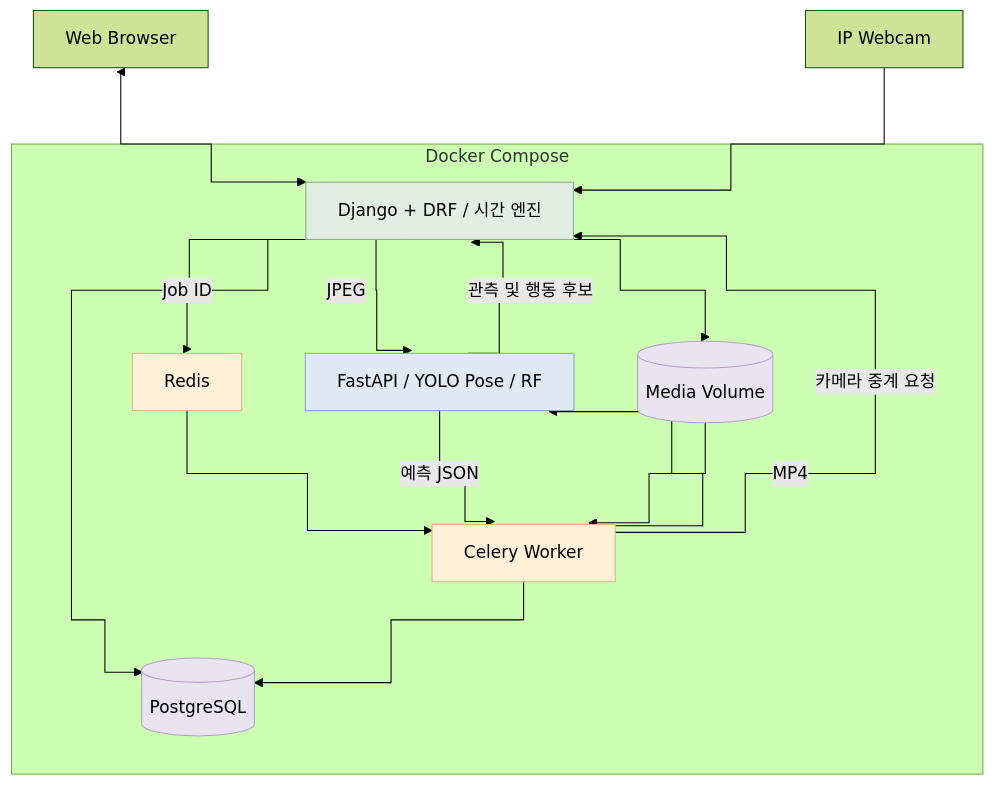
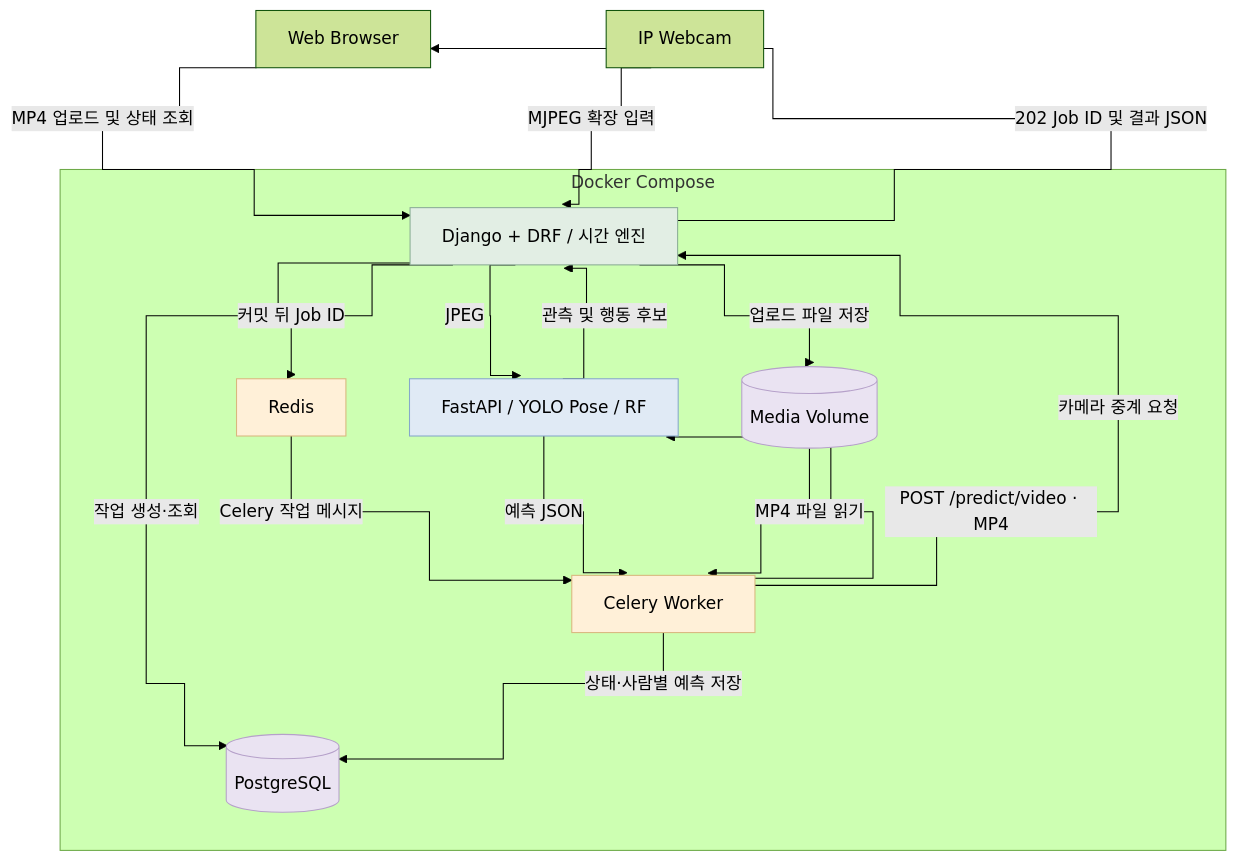
Before and after one commit to HanaPark-lab/desk-habit-coach: the diagram in docs/images/diagrams/01_architecture.mmd, drawn with Mermaid (forest theme). The commit also changed 1 other file, not shown here.

Commit message:
docs: refine system architecture diagram

```diff
--- a/docs/images/diagrams/01_architecture.mmd
+++ b/docs/images/diagrams/01_architecture.mmd
@@ -1,29 +1,32 @@
 ---
 config:
   flowchart:
     curve: step
     nodeSpacing: 60
     rankSpacing: 72
 ---
 flowchart TD
- B[Web Browser] <--> D
- I[IP Webcam] --> D
+ B[Web Browser] -->|MP4 업로드 및 상태 조회| D
+ D -->|202 Job ID 및 결과 JSON| B
+ I[IP Webcam] -->|MJPEG 확장 입력| D
  subgraph Docker Compose
  D[Django + DRF / 시간 엔진] -->|JPEG| F[FastAPI / YOLO Pose / RF]
  F -->|관측 및 행동 후보| D
- D -->|Job ID| R[Redis] --> C[Celery Worker]
- C -->|MP4| F
+ D -->|커밋 뒤 Job ID| R[Redis]
+ R -->|Celery 작업 메시지| C[Celery Worker]
+ C -->|POST /predict/video · MP4| F
  F -->|예측 JSON| C
- D --> P[(PostgreSQL)]
- C --> P
- D --> M[(Media Volume)] --> C
+ D -->|작업 생성·조회| P[(PostgreSQL)]
+ C -->|상태·사람별 예측 저장| P
+ D -->|업로드 파일 저장| M[(Media Volume)]
+ M -->|MP4 파일 읽기| C
  C -->|카메라 중계 요청| D
  end
  classDef web fill:#e2eee4,stroke:#8bad96
  classDef ai fill:#e0eaf5,stroke:#86a8ca
  classDef queue fill:#fff0d8,stroke:#d9b77e
  classDef db fill:#eae3f2,stroke:#b6a1ca
  class D web
  class F ai
  class R,C queue
  class P,M db
```
